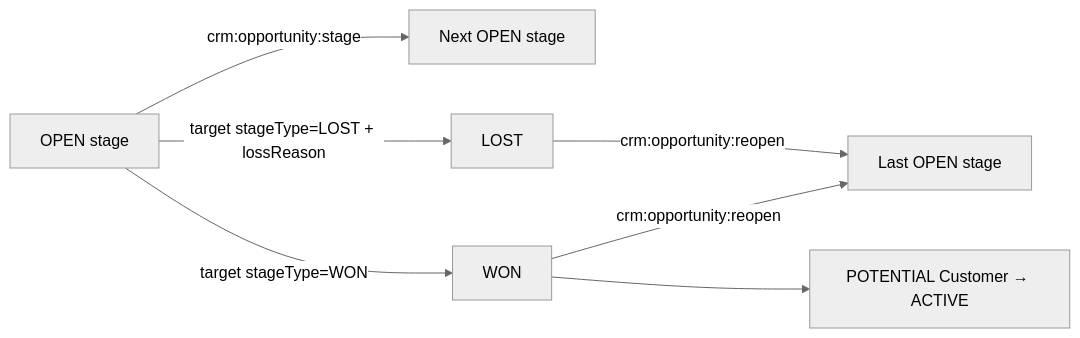
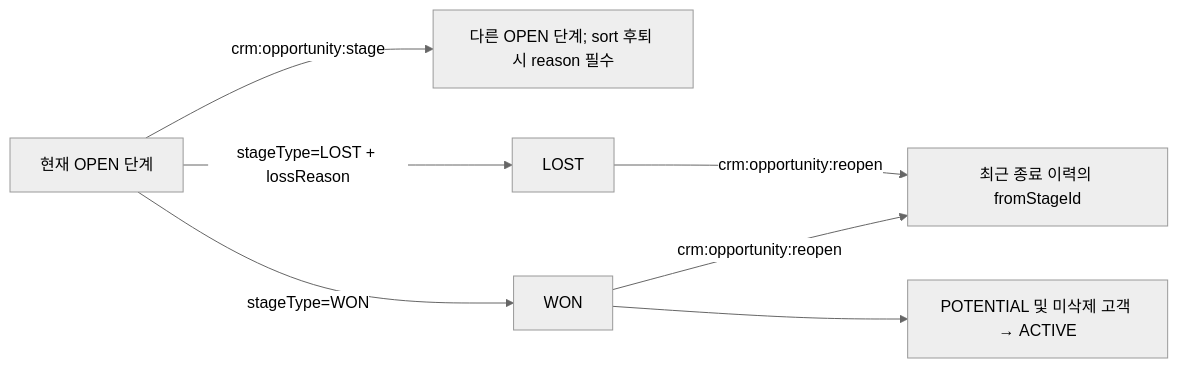
Diagram 15 of 21 in docs/core-flows.kr.md (wang-baohai/Omni-Stack), drawn with Mermaid (neutral theme) before and after one commit. The commit also changed other lines of this file and 1095 other files, not shown here.

````diff
--- a/docs/core-flows.kr.md
+++ b/docs/core-flows.kr.md
@@ -1576,9 +1301,9 @@
 ```mermaid
 flowchart LR
-    O["OPEN stage"] -->|"crm:opportunity:stage"| N["Next OPEN stage"]
-    O -->|"target stageType=WON"| W["WON"]
-    O -->|"target stageType=LOST + lossReason"| L["LOST"]
-    W -->|"crm:opportunity:reopen"| R["Last OPEN stage"]
+    O["현재 OPEN 단계"] -->|"crm:opportunity:stage"| N["다른 OPEN 단계; sort 후퇴 시 reason 필수"]
+    O -->|"stageType=WON"| W["WON"]
+    O -->|"stageType=LOST + lossReason"| L["LOST"]
+    W -->|"crm:opportunity:reopen"| R["최근 종료 이력의 fromStageId"]
     L -->|"crm:opportunity:reopen"| R
-    W --> C["POTENTIAL Customer → ACTIVE"]
+    W --> C["POTENTIAL 및 미삭제 고객 → ACTIVE"]
 ```
````
